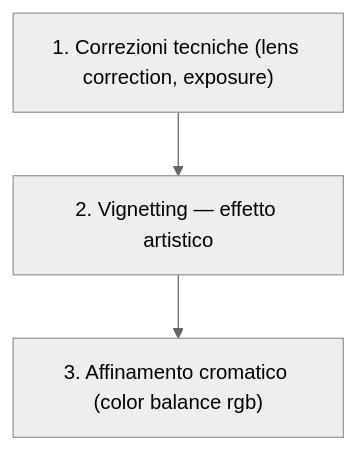
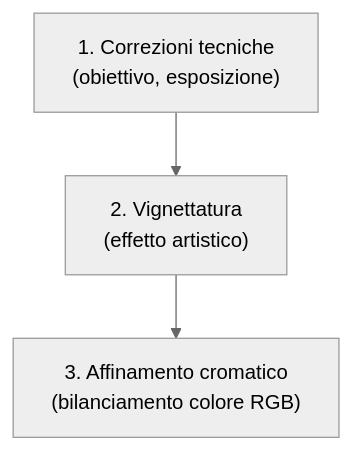
One commit to lorenzoperone/darktable-docs changed the diagram in docs/modules/vignetting.md. Above: the diagram before and after it, drawn with Mermaid (neutral theme). The commit also changed 40 other files, not shown here.

First line of the commit message:
fix: reformatta diagrammi Mermaid — etichette brevi, break line, italiano

````diff
--- a/docs/modules/vignetting.md
+++ b/docs/modules/vignetting.md
@@ -21,4 +21,4 @@
 ```mermaid
 flowchart TD
-    A["1. Correzioni tecniche (lens correction, exposure)"] --> B["2. Vignetting — effetto artistico"] --> C["3. Affinamento cromatico (color balance rgb)"]
+    A["1. Correzioni tecniche<br/>(obiettivo, esposizione)"] --> B["2. Vignettatura<br/>(effetto artistico)"] --> C["3. Affinamento cromatico<br/>(bilanciamento colore RGB)"]
 ```
````
